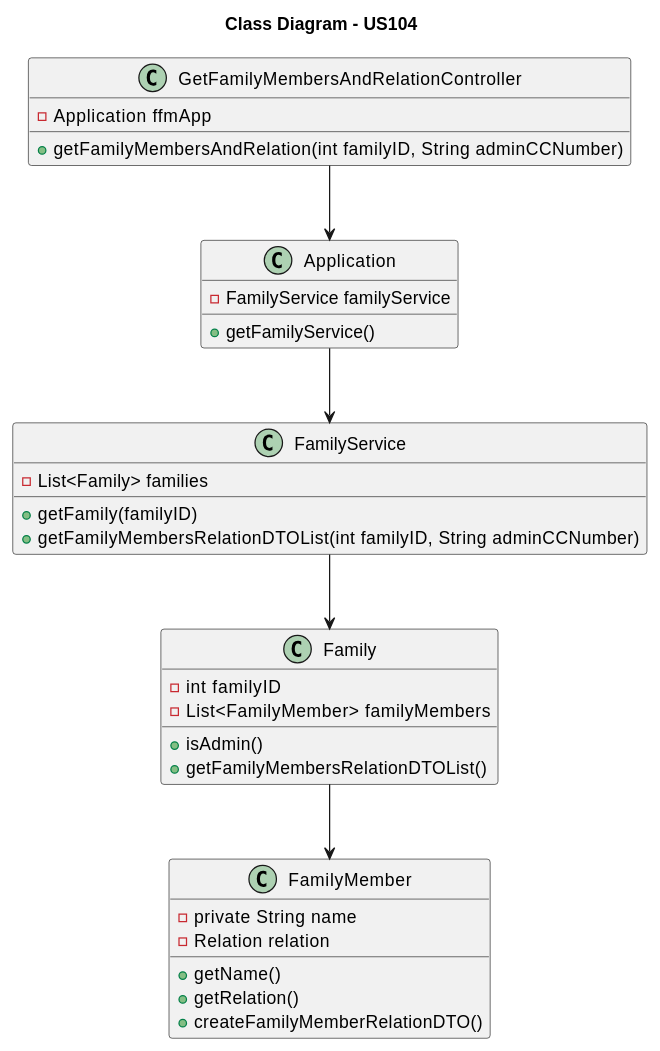
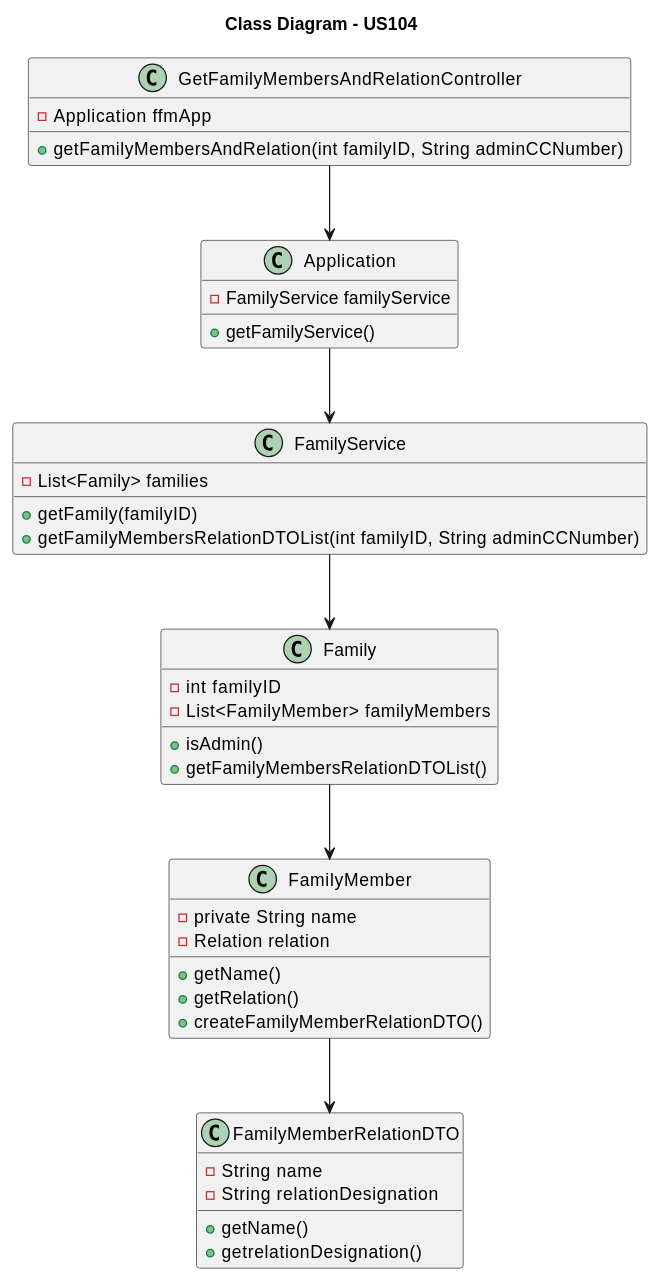
One commit to tomas-osswald/switch_2020_g3 changed the third of 3 diagrams in docs/sprint1/user_stories/US104_GetFamilyMembersAndRelation.md. Above: the diagram before and after it, drawn with PlantUML. The commit also changed other lines of this file and 4 other files, not shown here.

`````diff
--- a/docs/sprint1/user_stories/US104_GetFamilyMembersAndRelation.md
+++ b/docs/sprint1/user_stories/US104_GetFamilyMembersAndRelation.md
@@ -142,41 +173,49 @@
 ````puml
 
 title Class Diagram - US104
 
 class GetFamilyMembersAndRelationController{
 - Application ffmApp
 + getFamilyMembersAndRelation(int familyID, String adminCCNumber)
 }
 
 class Application {
  - FamilyService familyService
   + getFamilyService()
 }
 
 class FamilyService {
 - List<Family> families
 + getFamily(familyID)
 + getFamilyMembersRelationDTOList(int familyID, String adminCCNumber)
 }
 
 class Family {
 - int familyID
 - List<FamilyMember> familyMembers
 + isAdmin()
 + getFamilyMembersRelationDTOList()
 }
 
 class FamilyMember {
 - private String name
 - Relation relation
 + getName()
 + getRelation()
 + createFamilyMemberRelationDTO()
 }
 
+class FamilyMemberRelationDTO {
+- String name
+- String relationDesignation
++ getName()
++ getrelationDesignation()
+}
+
 GetFamilyMembersAndRelationController --> Application
 Application --> FamilyService
 FamilyService --> Family
 Family --> FamilyMember
+FamilyMember --> FamilyMemberRelationDTO
 
 ````
`````
